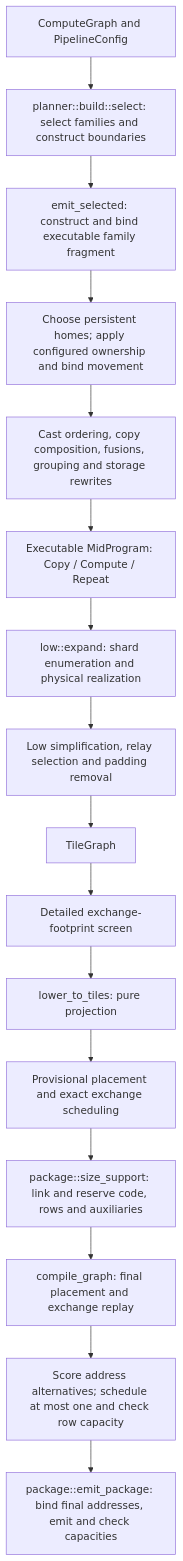
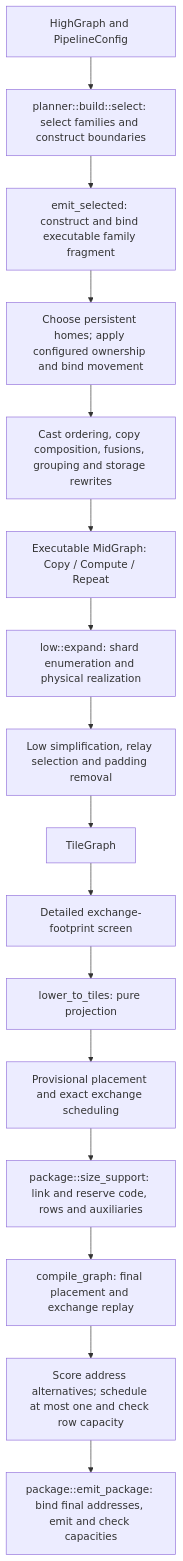
The first of 3 diagrams in docs/COMPILER_DATA_FLOW.md (osmarks/ipu-stack), drawn with Mermaid before and after one commit. The commit also changed other lines of this file and 80 other files, not shown here.

````diff
--- a/docs/COMPILER_DATA_FLOW.md
+++ b/docs/COMPILER_DATA_FLOW.md
@@ -93,18 +93,18 @@
 ```mermaid
 flowchart TD
-  G[ComputeGraph and PipelineConfig] --> P[planner::build::select: select families and construct boundaries]
+  G[HighGraph and PipelineConfig] --> P[planner::build::select: select families and construct boundaries]
   P --> I[emit_selected: construct and bind executable family fragment]
   I --> H[Choose persistent homes; apply configured ownership and bind movement]
   H --> W[Cast ordering, copy composition, fusions, grouping and storage rewrites]
-  W --> M[Executable MidProgram: Copy / Compute / Repeat]
+  W --> M[Executable MidGraph: Copy / Compute / Repeat]
   M --> E[low::expand: shard enumeration and physical realization]
   E --> O[Low simplification, relay selection and padding removal]
   O --> T[TileGraph]
   T --> F[Detailed exchange-footprint screen]
   F --> L[lower_to_tiles: pure projection]
   L --> V[Provisional placement and exact exchange scheduling]
   V --> S[package::size_support: link and reserve code, rows and auxiliaries]
   S --> B[compile_graph: final placement and exchange replay]
   B --> C[Score address alternatives; schedule at most one and check row capacity]
   C --> A[package::emit_package: bind final addresses, emit and check capacities]
 ```
````
